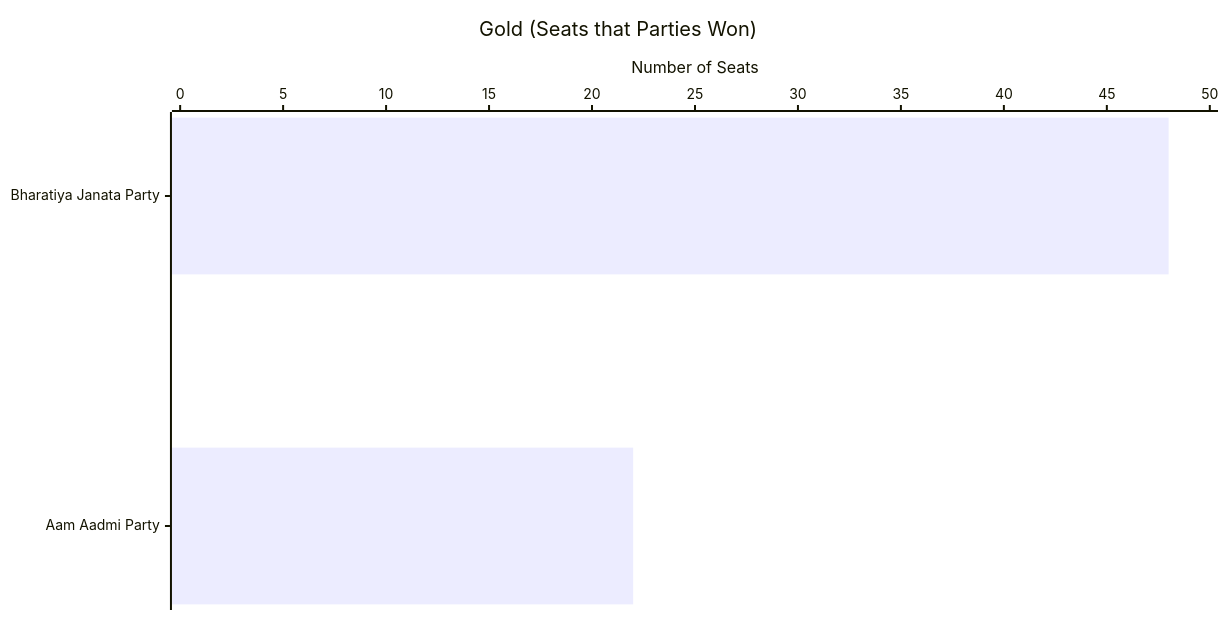
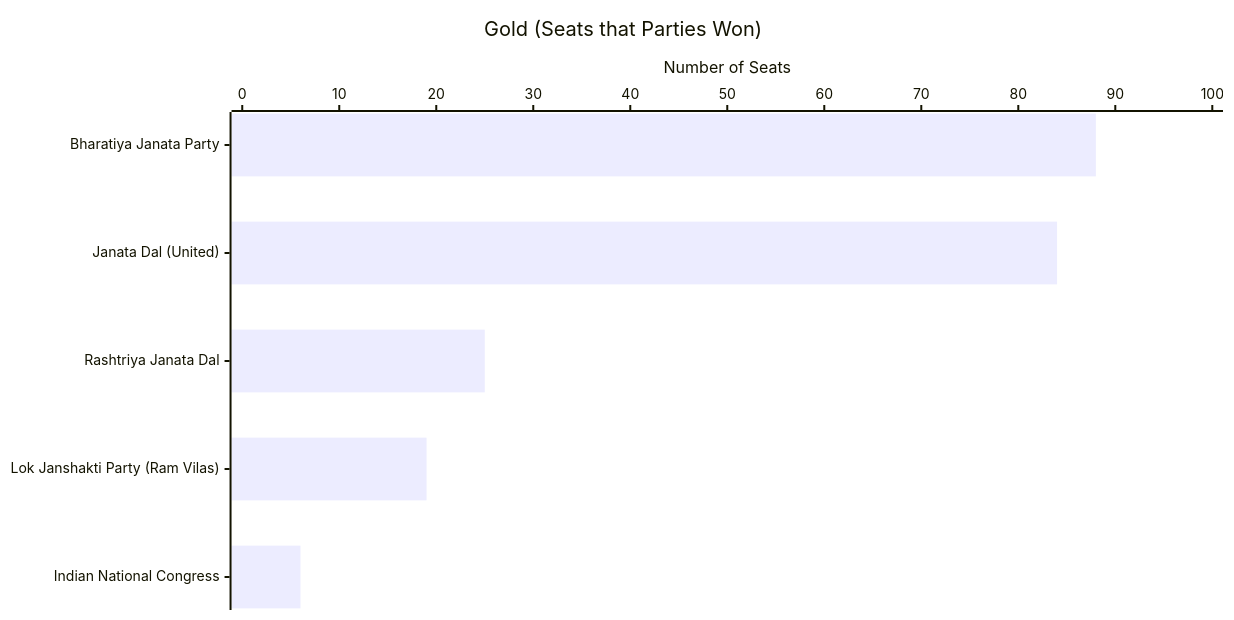
Before and after one commit to arjunswaj/elections: diagram 16 of 23 in BIHAR-GRAPH.md, drawn with Mermaid. The commit also changed other lines of this file and 3 other files, not shown here.

````diff
--- a/BIHAR-GRAPH.md
+++ b/BIHAR-GRAPH.md
@@ -331,17 +331,17 @@
 ```mermaid
 ---
 config:
     xyChart:
         width: 1200
         height: 600
         chartOrientation: horizontal
         dataLabels:
             enabled: true
             placement: end
 ---
 xychart-beta
     title "Gold (Seats that Parties Won)"
-    x-axis ["Bharatiya Janata Party", "Aam Aadmi Party"]
-    y-axis "Number of Seats" 0 --> 50
-    bar [48, 22]
+    x-axis ["Bharatiya Janata Party", "Janata Dal (United)", "Rashtriya Janata Dal", "Lok Janshakti Party (Ram Vilas)", "Indian National Congress"]
+    y-axis "Number of Seats" 0 --> 100
+    bar [88, 84, 25, 19, 6]
 ```
````
